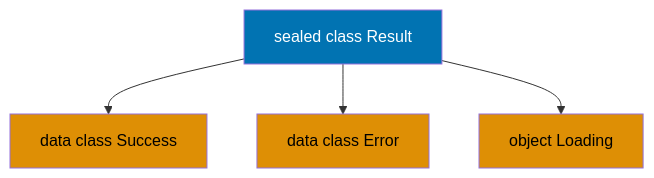
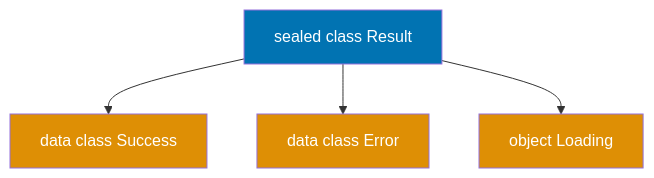
One commit to wahidyankf/open-sharia-enterprise changed the sixth of 9 diagrams in apps/ayokoding-web/content/en/learn/software-engineering/programming-languages/kotlin/by-example/beginner.md. Above: the diagram before and after it, drawn with Mermaid. The commit also changed other lines of this file and 61 other files, not shown here.

First line of the commit message:
fix(ayokoding-web): quote Mermaid node labels with special characters in Example 63

````diff
--- a/apps/ayokoding-web/content/en/learn/software-engineering/programming-languages/kotlin/by-example/beginner.md
+++ b/apps/ayokoding-web/content/en/learn/software-engineering/programming-languages/kotlin/by-example/beginner.md
@@ -1794,12 +1794,12 @@
 ```mermaid
 %% Sealed class hierarchy
 graph TD
     A[sealed class Result] --> B[data class Success]
     A --> C[data class Error]
     A --> D[object Loading]
 
     style A fill:#0173B2,color:#fff
-    style B fill:#DE8F05,color:#000
-    style C fill:#DE8F05,color:#000
-    style D fill:#DE8F05,color:#000
+    style B fill:#DE8F05,color:#fff
+    style C fill:#DE8F05,color:#fff
+    style D fill:#DE8F05,color:#fff
 ```
````
